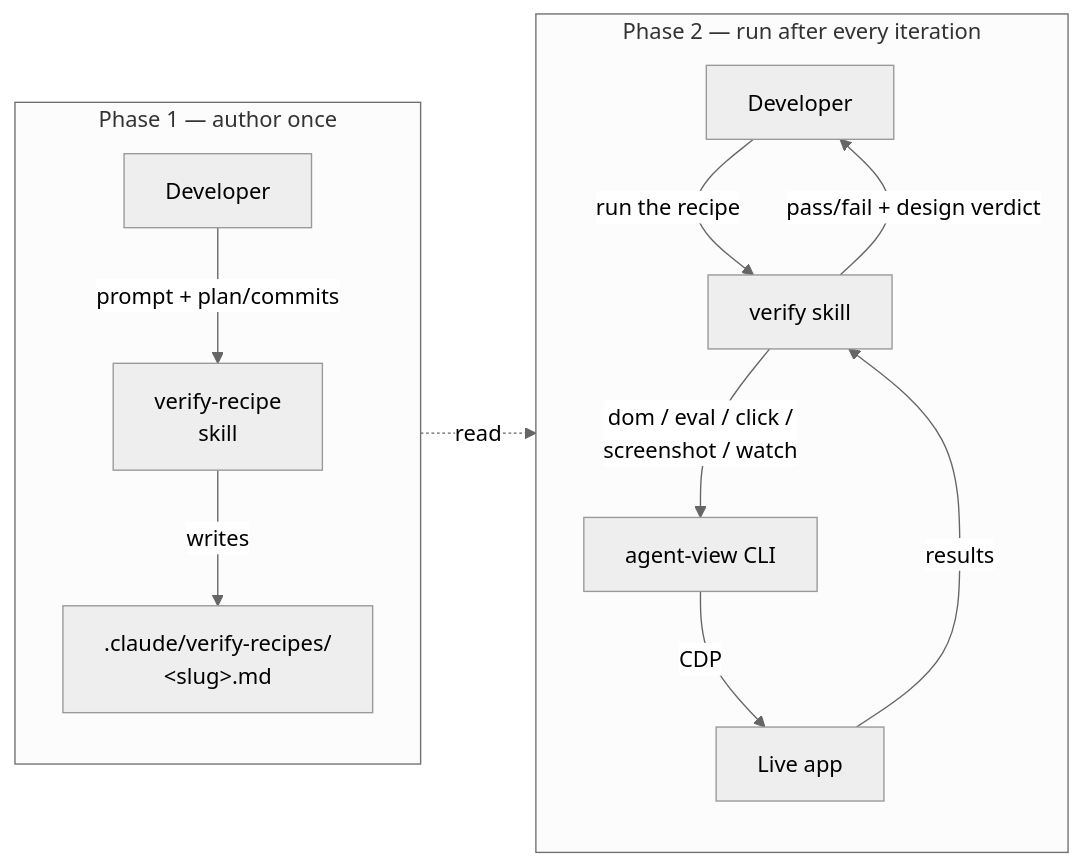
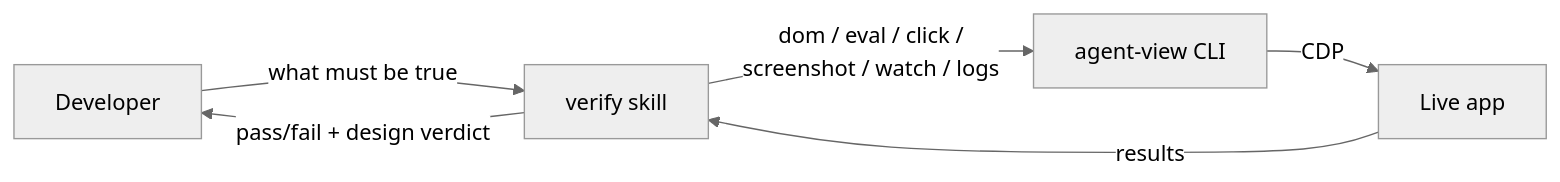
The diagram in README.md (PetukhovArt/agent-view), drawn with Mermaid (neutral theme) before and after one commit. The commit also changed other lines of this file and 4 other files, not shown here.

First line of the commit message:
feat(skills)!: drop verify-recipe, fold its rigor into verify

````diff
--- a/README.md
+++ b/README.md
@@ -174,18 +171,8 @@
 ```mermaid
 flowchart LR
-    subgraph Author["Phase 1 — author once"]
-      direction TB
-      Dev1["Developer"] -->|prompt + plan/commits| Recipe["verify-recipe<br/>skill"]
-      Recipe -->|writes| File[".claude/verify-recipes/<br/>&lt;slug&gt;.md"]
-    end
-
-    subgraph Run["Phase 2 — run after every iteration"]
-      direction TB
-      Dev2["Developer"] -->|"run the recipe"| Verify["verify skill"]
-      File -.->|read| Verify
-      Verify -->|"dom / eval / click /<br/>screenshot / watch"| CLI["agent-view CLI"]
-      CLI -->|CDP| App["Live app"]
-      App -->|results| Verify
-      Verify -->|pass/fail + design verdict| Dev2
-    end
+    Dev["Developer"] -->|"what must be true"| Verify["verify skill"]
+    Verify -->|"dom / eval / click /<br/>screenshot / watch / logs"| CLI["agent-view CLI"]
+    CLI -->|CDP| App["Live app"]
+    App -->|results| Verify
+    Verify -->|pass/fail + design verdict| Dev
 ```
````
